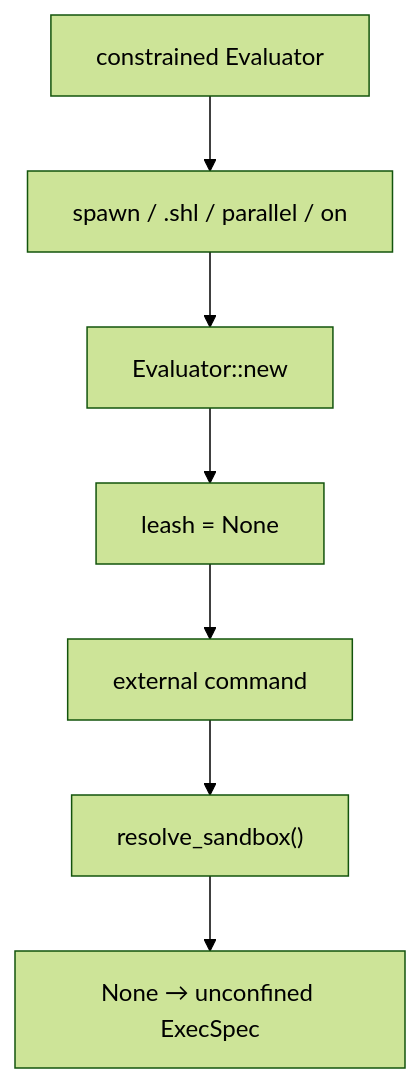
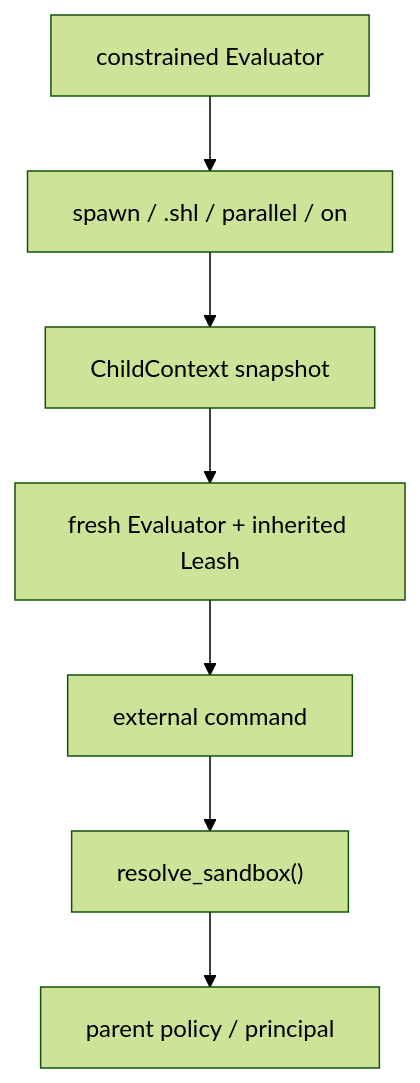
One commit to alliecatowo/shoal changed the fifth of 6 diagrams in site/content/internals/security-threat-model.md. Above: the diagram before and after it, drawn with Mermaid (forest theme). The commit also changed other lines of this file and 9 other files, not shown here.

````diff
--- a/site/content/internals/security-threat-model.md
+++ b/site/content/internals/security-threat-model.md
@@ -412,11 +416,11 @@
 ```mermaid
 flowchart TD
-accTitle: Critical transitive-authority gap
-accDescr: Shows the components and relationships described in Critical transitive-authority gap.
+accTitle: Child authority propagation
+accDescr: Shows the constrained parent context explicitly captured for each child route.
   Parent["constrained Evaluator"] --> Feature["spawn / .shl / parallel / on"]
-  Feature --> New["Evaluator::new"]
-  New --> Child["leash = None"]
+  Feature --> Snapshot["ChildContext snapshot"]
+  Snapshot --> Child["fresh Evaluator + inherited Leash"]
   Child --> External["external command"]
   External --> Resolve["resolve_sandbox()"]
-  Resolve --> None["None → unconfined ExecSpec"]
+  Resolve --> Policy["parent policy / principal"]
 ```
````
